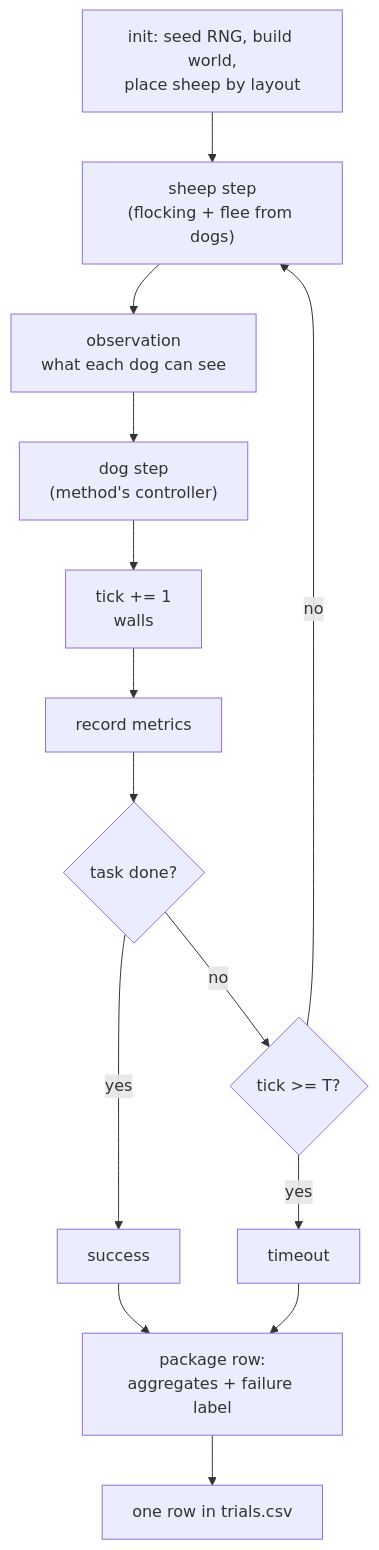
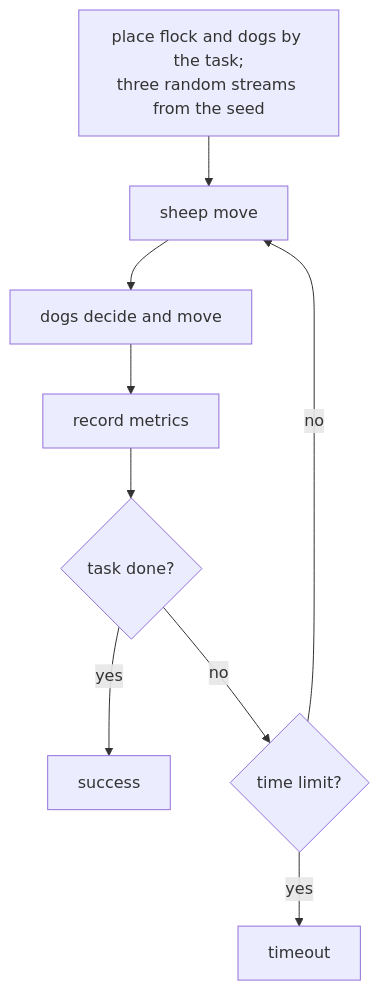
The second of 2 diagrams in README.md (lykimq/HerdSim), drawn with Mermaid before and after one commit. The commit also changed other lines of this file and 728 other files, not shown here.

````diff
--- a/README.md
+++ b/README.md
@@ -68,16 +73,11 @@
 ```mermaid
 flowchart TD
-    I["init: seed RNG, build world,<br/>place sheep by layout"] --> S
-    S["sheep step<br/>(flocking + flee from dogs)"] --> O["observation<br/>what each dog can see"]
-    O --> D["dog step<br/>(method's controller)"]
-    D --> W["tick += 1<br/>walls"]
-    W --> M["record metrics"]
-    M --> Q1{"task done?"}
-    Q1 -- yes --> OK["success"]
-    Q1 -- no --> Q2{"tick >= T?"}
-    Q2 -- yes --> TO["timeout"]
-    Q2 -- no --> S
-    OK --> F["package row:<br/>aggregates + failure label"]
-    TO --> F
-    F --> CSV["one row in trials.csv"]
+    I["place flock and dogs by the task;<br/>three random streams from the seed"] --> S
+    S["sheep move"] --> D["dogs decide and move"]
+    D --> M["record metrics"]
+    M --> Q{"task done?"}
+    Q -- yes --> OK["success"]
+    Q -- no --> T{"time limit?"}
+    T -- yes --> TO["timeout"]
+    T -- no --> S
 ```
````
